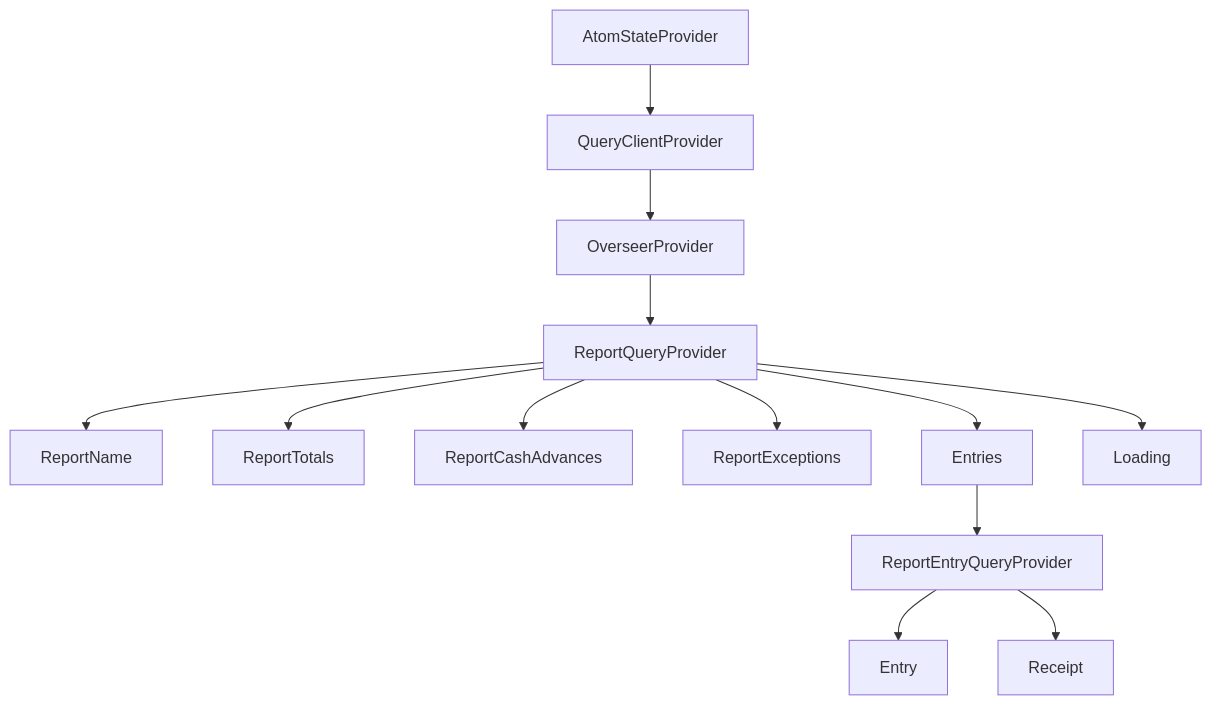
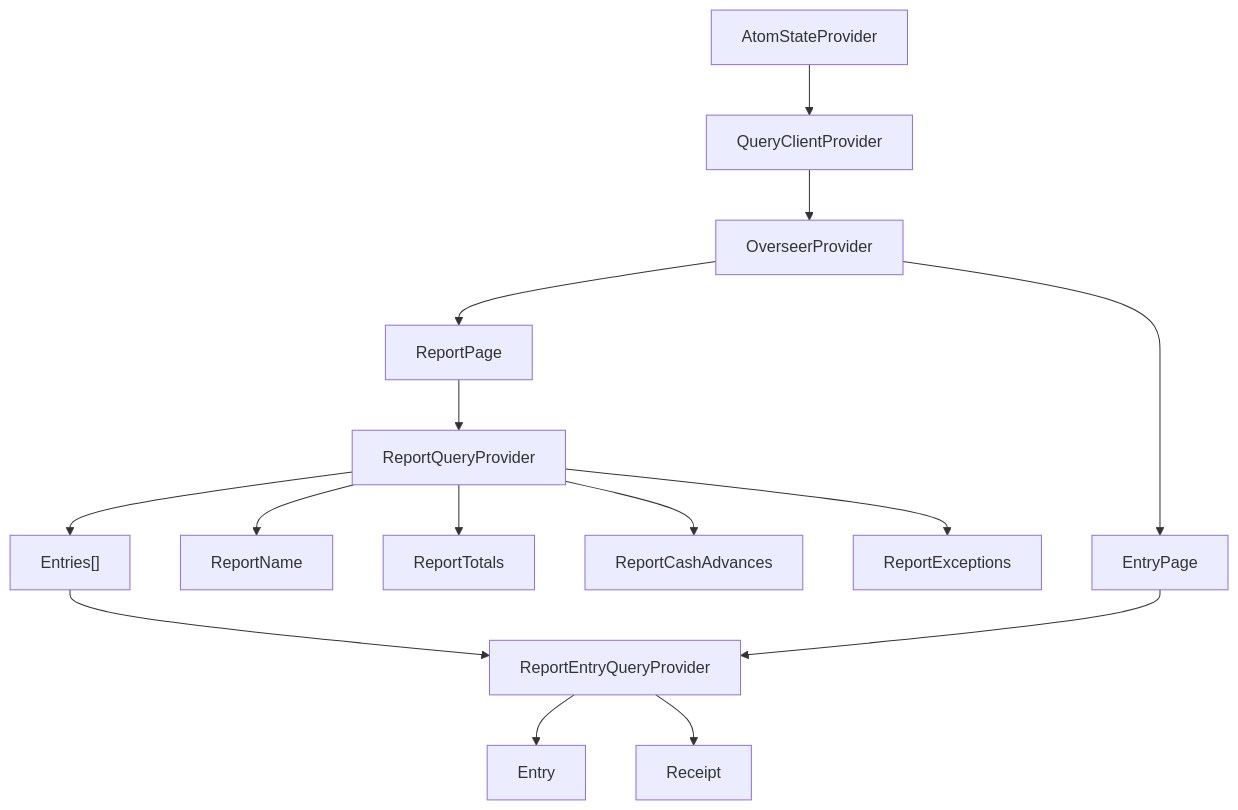
Before and after one commit to radekstepan/graphql-playground: the diagram in packages/client/src/playground/reactQueryRacoon/diagrams/componentHierarchy.md, drawn with Mermaid. The commit also changed other lines of this file and 7 other files, not shown here.

Commit message:
feat(racoon): entry page

````diff
--- a/packages/client/src/playground/reactQueryRacoon/diagrams/componentHierarchy.md
+++ b/packages/client/src/playground/reactQueryRacoon/diagrams/componentHierarchy.md
@@ -3,15 +3,18 @@
 ```mermaid
 graph TD
     A[AtomStateProvider] --> B[QueryClientProvider]
     B --> C[OverseerProvider]
-    C --> D[ReportQueryProvider]
-    D --> E[ReportName]
-    D --> F[ReportTotals]
-    D --> G[ReportCashAdvances]
-    D --> H[ReportExceptions]
-    D --> I[Entries]
-    I --> J[ReportEntryQueryProvider]
-    J --> K[Entry]
-    J --> L[Receipt]
-    D --> M[Loading]
+    C --> D[ReportPage]
+    C --> O[EntryPage]
+    D --> E[ReportQueryProvider]
+
+    E --> F[ReportName]
+    E --> G[ReportTotals]
+    E --> H[ReportCashAdvances]
+    E --> J[ReportExceptions]
+    E --> I["Entries[]"]
+    I --> K[ReportEntryQueryProvider]
+    O --> K
+    K --> L[Entry]
+    K --> M[Receipt]
 ```
````
